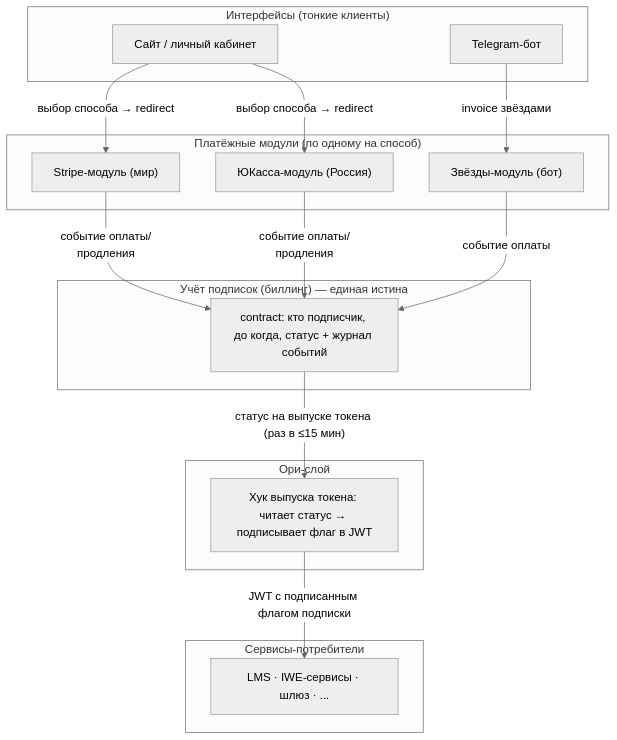
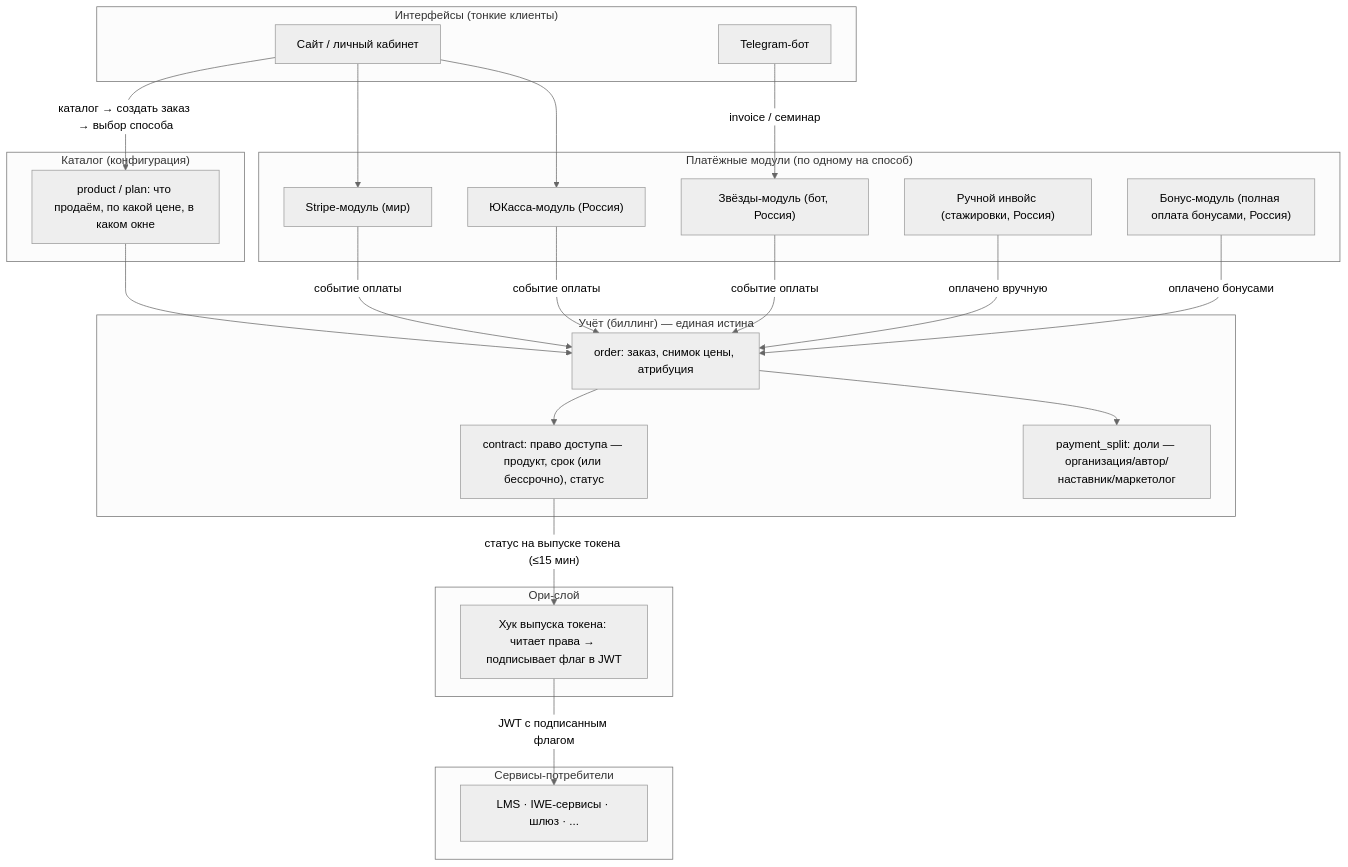
The diagram in 0.OPS/0.9.Inbox/WP-467-payments-subscriptions-architecture.md (TserenTserenov/DS-ecosystem-development), drawn with Mermaid (neutral theme) before and after one commit. The commit also changed other lines of this file, not shown here.

First line of the commit message:
docs(wp-467): архитектура v2 — от подписок к общей модели продуктов

````diff
--- a/0.OPS/0.9.Inbox/WP-467-payments-subscriptions-architecture.md
+++ b/0.OPS/0.9.Inbox/WP-467-payments-subscriptions-architecture.md
@@ -41,34 +80,48 @@
 ```mermaid
 flowchart TB
     subgraph INTERFACES["Интерфейсы (тонкие клиенты)"]
         SITE["Сайт / личный кабинет"]
         BOT["Telegram-бот"]
     end
 
+    subgraph CATALOG["Каталог (конфигурация)"]
+        PRODUCT["product / plan: что продаём, по какой цене, в каком окне"]
+    end
+
     subgraph PAY["Платёжные модули (по одному на способ)"]
         STRIPE["Stripe-модуль (мир)"]
         YOO["ЮКасса-модуль (Россия)"]
-        STARS["Звёзды-модуль (бот)"]
+        STARS["Звёзды-модуль (бот, Россия)"]
+        MANUAL["Ручной инвойс (стажировки, Россия)"]
+        BONUS["Бонус-модуль (полная оплата бонусами, Россия)"]
     end
 
-    subgraph BILLING["Учёт подписок (биллинг) — единая истина"]
-        CONTRACT["contract: кто подписчик, до когда, статус + журнал событий"]
+    subgraph BILLING["Учёт (биллинг) — единая истина"]
+        ORDER["order: заказ, снимок цены, атрибуция"]
+        CONTRACT["contract: право доступа — продукт, срок (или бессрочно), статус"]
+        SPLIT["payment_split: доли — организация/автор/наставник/маркетолог"]
     end
 
     subgraph ORY["Ори-слой"]
-        HOOK["Хук выпуска токена: читает статус → подписывает флаг в JWT"]
+        HOOK["Хук выпуска токена: читает права → подписывает флаг в JWT"]
     end
 
     subgraph CONSUMERS["Сервисы-потребители"]
         SVC["LMS · IWE-сервисы · шлюз · ..."]
     end
 
-    SITE -- "выбор способа → redirect" --> STRIPE
-    SITE -- "выбор способа → redirect" --> YOO
-    BOT -- "invoice звёздами" --> STARS
-    STRIPE -- "событие оплаты/продления" --> CONTRACT
-    YOO -- "событие оплаты/продления" --> CONTRACT
-    STARS -- "событие оплаты" --> CONTRACT
-    CONTRACT -- "статус на выпуске токена (раз в ≤15 мин)" --> HOOK
-    HOOK -- "JWT с подписанным флагом подписки" --> SVC
+    SITE -- "каталог → создать заказ → выбор способа" --> PRODUCT
+    PRODUCT --> ORDER
+    SITE --> STRIPE
+    SITE --> YOO
+    BOT -- "invoice / семинар" --> STARS
+    STRIPE -- "событие оплаты" --> ORDER
+    YOO -- "событие оплаты" --> ORDER
+    STARS -- "событие оплаты" --> ORDER
+    MANUAL -- "оплачено вручную" --> ORDER
+    BONUS -- "оплачено бонусами" --> ORDER
+    ORDER --> CONTRACT
+    ORDER --> SPLIT
+    CONTRACT -- "статус на выпуске токена (≤15 мин)" --> HOOK
+    HOOK -- "JWT с подписанным флагом" --> SVC
 ```
````
